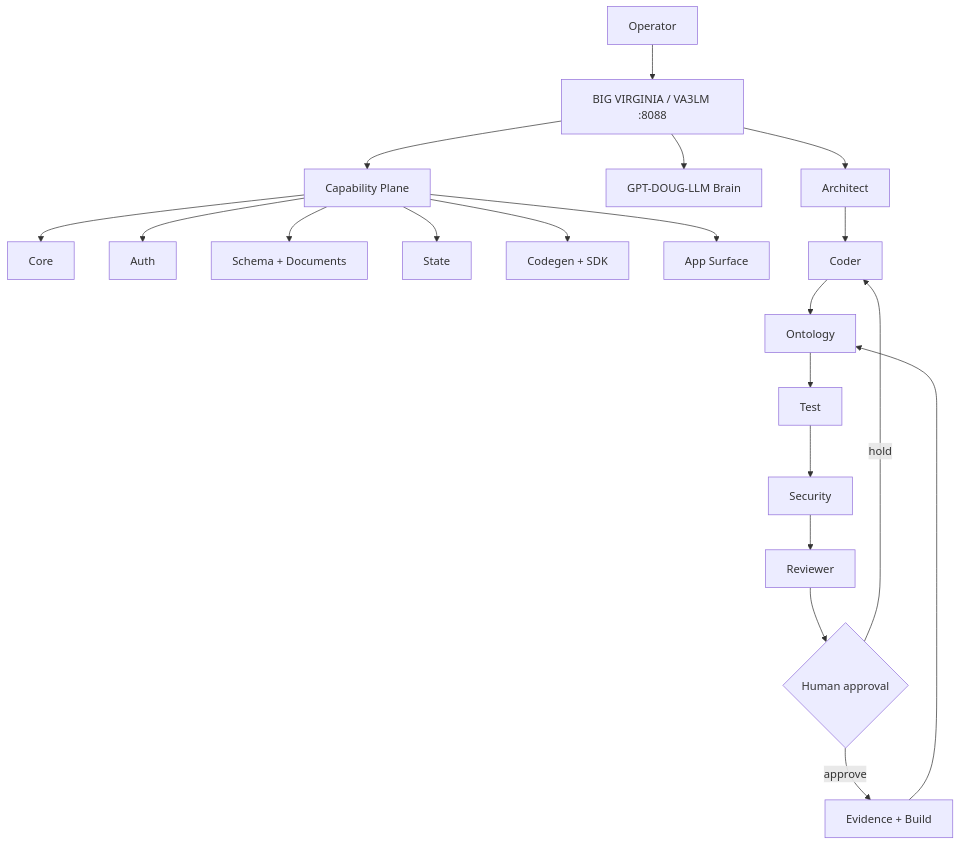
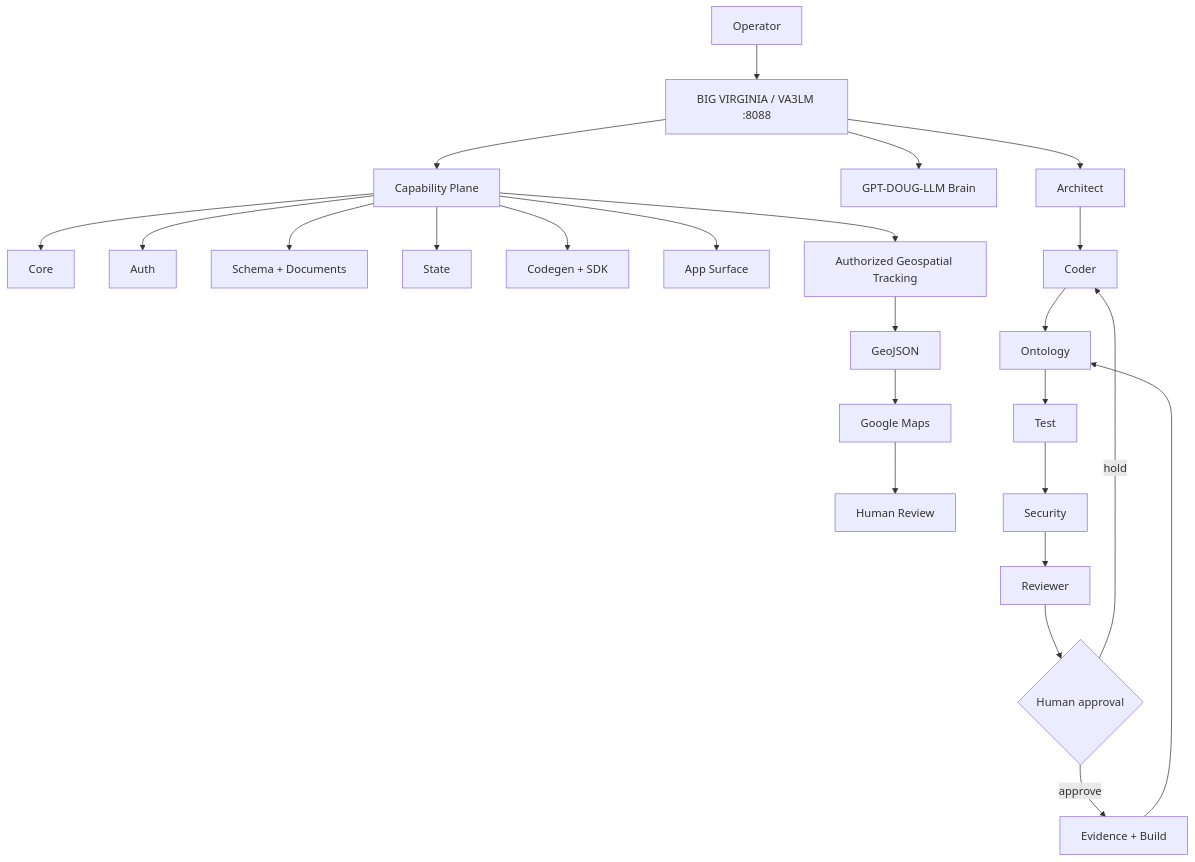
Before and after one commit to sonoxo/gpt-doug-llm: the diagram in va3lm/README.md, drawn with Mermaid. The commit also changed other lines of this file, not shown here.

Commit message:
Document VA3LM 0.3.0 Google Maps tracking

````diff
--- a/va3lm/README.md
+++ b/va3lm/README.md
@@ -73,22 +100,26 @@
 ```mermaid
 flowchart TD
     U[Operator] --> C[BIG VIRGINIA / VA3LM :8088]
     C --> P[Capability Plane]
     P --> PC[Core]
     P --> PA[Auth]
     P --> PS[Schema + Documents]
     P --> PST[State]
     P --> PG[Codegen + SDK]
     P --> APP[App Surface]
+    P --> GEO[Authorized Geospatial Tracking]
+    GEO --> GJ[GeoJSON]
+    GJ --> GM[Google Maps]
+    GM --> HR[Human Review]
     C --> B[GPT-DOUG-LLM Brain]
     C --> A[Architect]
     A --> D[Coder]
     D --> O[Ontology]
     O --> T[Test]
     T --> S[Security]
     S --> R[Reviewer]
     R --> G{Human approval}
     G -->|approve| E[Evidence + Build]
     G -->|hold| D
     E --> O
 ```
````
